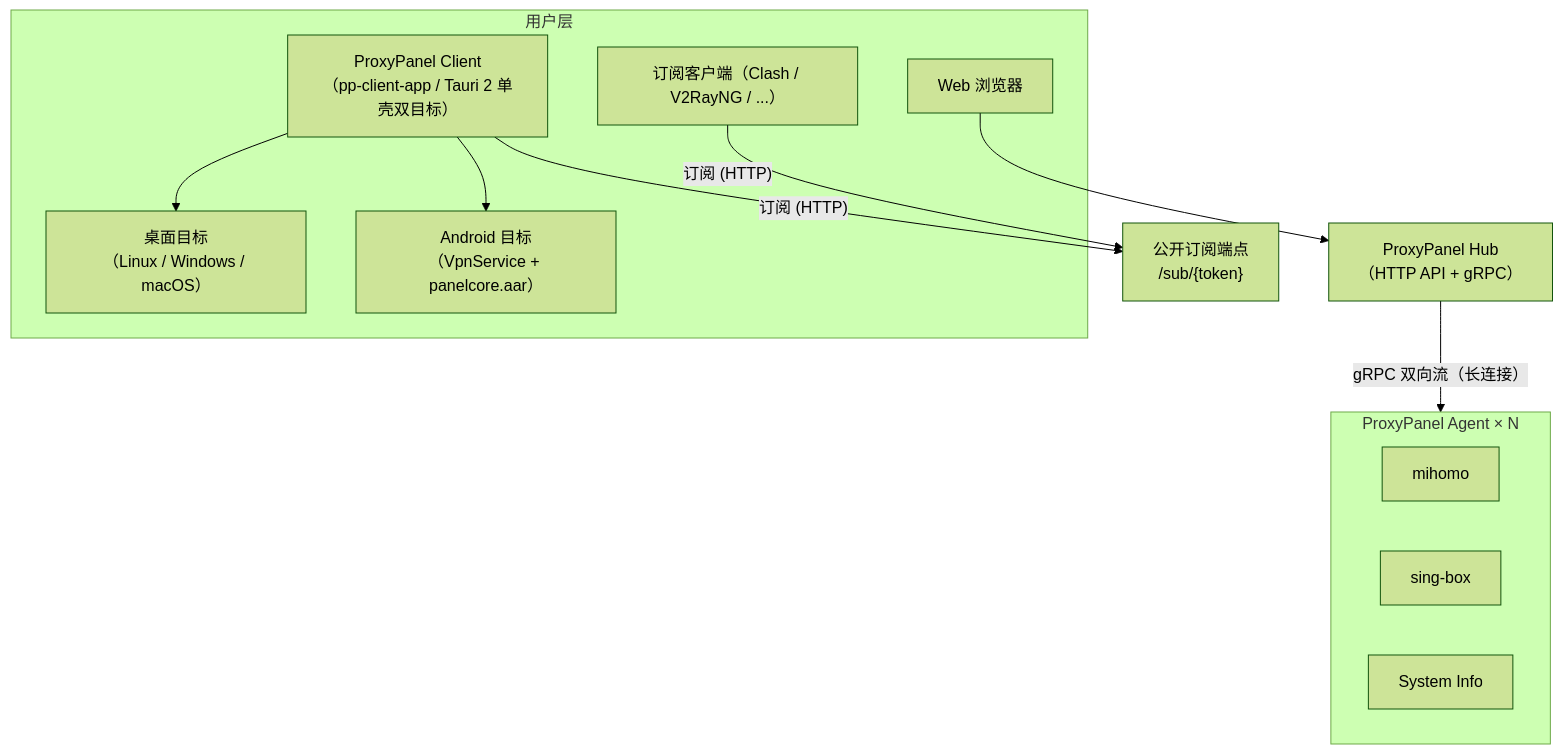
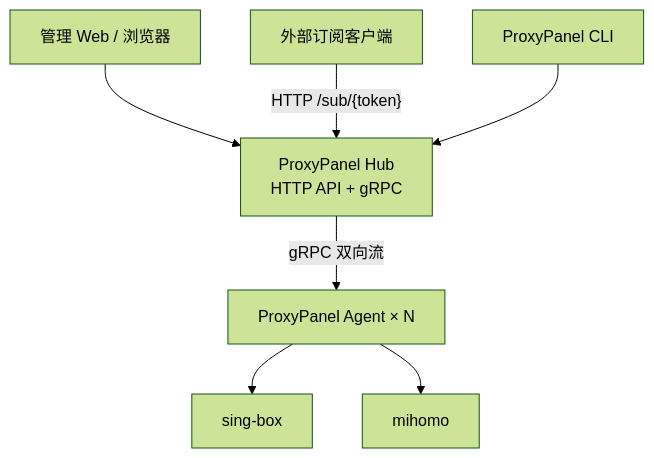
Before and after one commit to ybakiame/multi-proxy-panel: the first of 7 diagrams in docs/architecture.md, drawn with Mermaid (forest theme). The commit also changed other lines of this file and 605 other files, not shown here.

Commit message:
refactor: 清理拆仓后的客户端并收窄 ProxyPanel 工作区

````diff
--- a/docs/architecture.md
+++ b/docs/architecture.md
@@ -25,20 +26,9 @@
 ```mermaid
 flowchart TB
-    subgraph users["用户层"]
-        browser["Web 浏览器"]
-        subClient["订阅客户端（Clash / V2RayNG / ...）"]
-        ppClient["ProxyPanel Client<br/>（pp-client-app / Tauri 2 单壳双目标）"]
-        ppClient --> desktop["桌面目标<br/>（Linux / Windows / macOS）"]
-        ppClient --> android["Android 目标<br/>（VpnService + panelcore.aar）"]
-    end
-    browser --> hub["ProxyPanel Hub<br/>（HTTP API + gRPC）"]
-    subEndpoint["公开订阅端点<br/>/sub/{token}"]
-    subgraph agents["ProxyPanel Agent × N"]
-        mihomo["mihomo"]
-        singbox["sing-box"]
-        sysinfo["System Info"]
-    end
-    hub -- "gRPC 双向流（长连接）" --> agents
-    subClient -- "订阅 (HTTP)" --> subEndpoint
-    ppClient -- "订阅 (HTTP)" --> subEndpoint
+    browser["管理 Web / 浏览器"] --> hub["ProxyPanel Hub<br/>HTTP API + gRPC"]
+    hub -- "gRPC 双向流" --> agent["ProxyPanel Agent × N"]
+    agent --> singbox["sing-box"]
+    agent --> mihomo["mihomo"]
+    consumer["外部订阅客户端"] -- "HTTP /sub/{token}" --> hub
+    cli["ProxyPanel CLI"] --> hub
 ```
````
